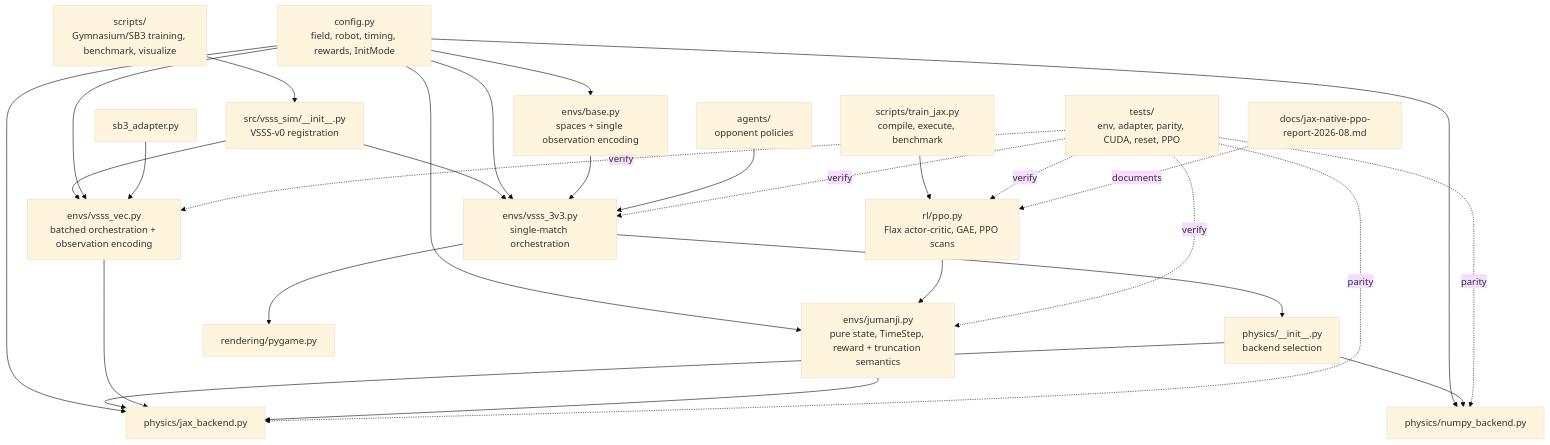
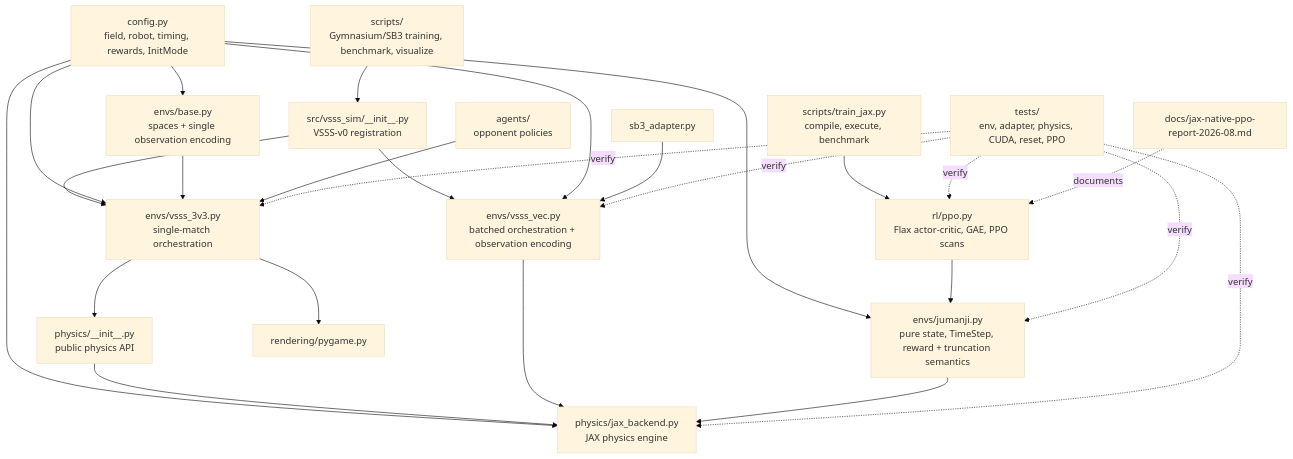
One commit to canhotuctor/vsss-sim changed the tenth of 10 diagrams in STRUCTURE.md. Above: the diagram before and after it, drawn with Mermaid (base theme). The commit also changed other lines of this file and 21 other files, not shown here.

Commit message:
refactor: remove NumPy physics backend

````diff
--- a/STRUCTURE.md
+++ b/STRUCTURE.md
@@ -352,48 +338,43 @@
 ```mermaid
 flowchart TD
     registration["src/vsss_sim/__init__.py<br/>VSSS-v0 registration"]
     config["config.py<br/>field, robot, timing, rewards, InitMode"]
     base["envs/base.py<br/>spaces + single observation encoding"]
     single["envs/vsss_3v3.py<br/>single-match orchestration"]
     vector["envs/vsss_vec.py<br/>batched orchestration + observation encoding"]
     jumanji["envs/jumanji.py<br/>pure state, TimeStep, reward + truncation semantics"]
     ppo["rl/ppo.py<br/>Flax actor-critic, GAE, PPO scans"]
-    resolver["physics/__init__.py<br/>backend selection"]
-    np["physics/numpy_backend.py"]
-    jax["physics/jax_backend.py"]
+    physicsapi["physics/__init__.py<br/>public physics API"]
+    jax["physics/jax_backend.py<br/>JAX physics engine"]
     agents["agents/<br/>opponent policies"]
     render["rendering/pygame.py"]
     adapter["sb3_adapter.py"]
     trainjax["scripts/train_jax.py<br/>compile, execute, benchmark"]
     scripts["scripts/<br/>Gymnasium/SB3 training, benchmark, visualize"]
-    tests["tests/<br/>env, adapter, parity, CUDA, reset, PPO"]
+    tests["tests/<br/>env, adapter, physics, CUDA, reset, PPO"]
     report["docs/jax-native-ppo-report-2026-08.md"]
 
     registration --> single
     registration --> vector
     config --> jumanji
     config --> base
     config --> single
     config --> vector
-    config --> np
     config --> jax
     base --> single
     agents --> single
-    single --> resolver
-    resolver --> np
-    resolver --> jax
+    single --> physicsapi --> jax
     vector --> jax
     jumanji --> jax
     ppo --> jumanji
     trainjax --> ppo
     single --> render
     adapter --> vector
     scripts --> registration
     tests -. verify .-> single
     tests -. verify .-> vector
     tests -. verify .-> jumanji
     tests -. verify .-> ppo
-    tests -. parity .-> np
-    tests -. parity .-> jax
+    tests -. verify .-> jax
     report -. documents .-> ppo
 ```
````
